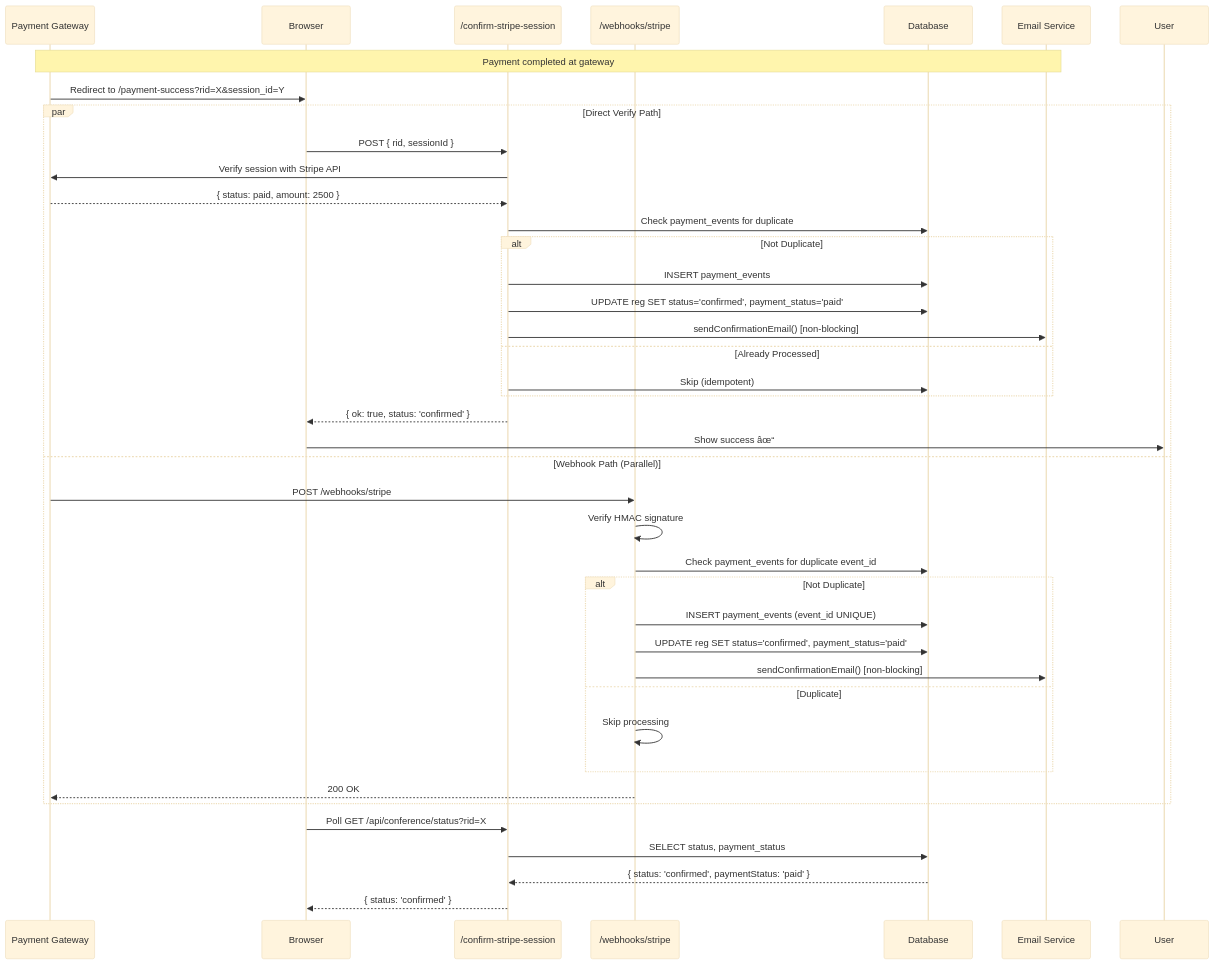
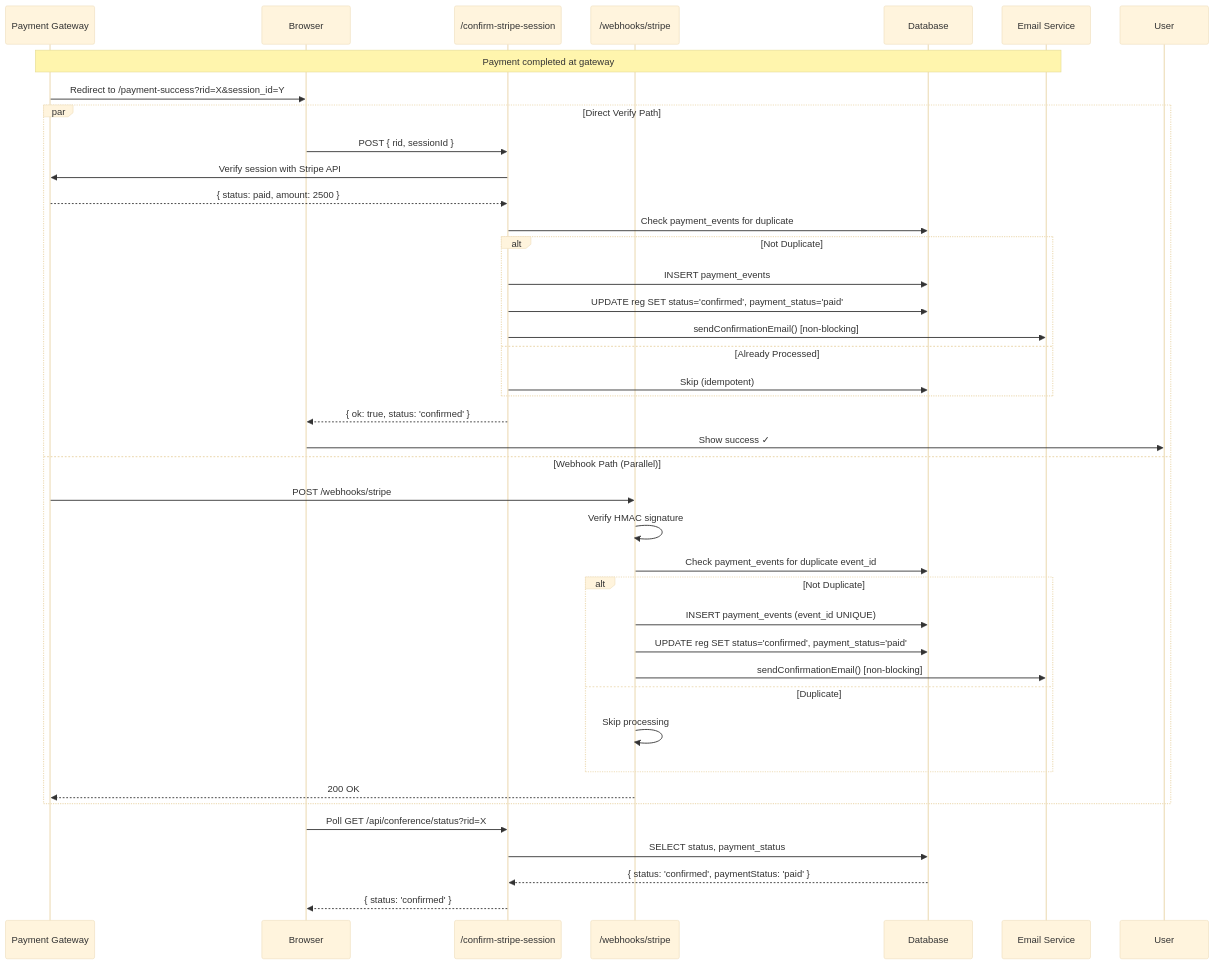
The fourth of 4 diagrams in docs/features/conference/06-payment-flows.md (deessafoundation/deessa), drawn with Mermaid (base theme) before and after one commit. The commit also changed other lines of this file and 116 other files, not shown here.

````diff
--- a/docs/features/conference/06-payment-flows.md
+++ b/docs/features/conference/06-payment-flows.md
@@ -384,46 +384,46 @@
 ```mermaid
 sequenceDiagram
     participant Gateway as Payment Gateway
     participant Browser
     participant DirectAPI as /confirm-stripe-session
     participant WebhookAPI as /webhooks/stripe
     participant DB as Database
     participant Email as Email Service
 
     Note over Gateway,Email: Payment completed at gateway
 
     Gateway->>Browser: Redirect to /payment-success?rid=X&session_id=Y
 
     par Direct Verify Path
         Browser->>DirectAPI: POST { rid, sessionId }
         DirectAPI->>Gateway: Verify session with Stripe API
         Gateway-->>DirectAPI: { status: paid, amount: 2500 }
         DirectAPI->>DB: Check payment_events for duplicate
         alt Not Duplicate
             DirectAPI->>DB: INSERT payment_events
             DirectAPI->>DB: UPDATE reg SET status='confirmed', payment_status='paid'
             DirectAPI->>Email: sendConfirmationEmail() [non-blocking]
         else Already Processed
             DirectAPI->>DB: Skip (idempotent)
         end
         DirectAPI-->>Browser: { ok: true, status: 'confirmed' }
-        Browser->>User: Show success âœ“
+        Browser->>User: Show success ✓
     and Webhook Path (Parallel)
         Gateway->>WebhookAPI: POST /webhooks/stripe
         WebhookAPI->>WebhookAPI: Verify HMAC signature
         WebhookAPI->>DB: Check payment_events for duplicate event_id
         alt Not Duplicate
             WebhookAPI->>DB: INSERT payment_events (event_id UNIQUE)
             WebhookAPI->>DB: UPDATE reg SET status='confirmed', payment_status='paid'
             WebhookAPI->>Email: sendConfirmationEmail() [non-blocking]
         else Duplicate
             WebhookAPI->>WebhookAPI: Skip processing
         end
         WebhookAPI-->>Gateway: 200 OK
     end
 
     Browser->>DirectAPI: Poll GET /api/conference/status?rid=X
     DirectAPI->>DB: SELECT status, payment_status
     DB-->>DirectAPI: { status: 'confirmed', paymentStatus: 'paid' }
     DirectAPI-->>Browser: { status: 'confirmed' }
 ```
````
